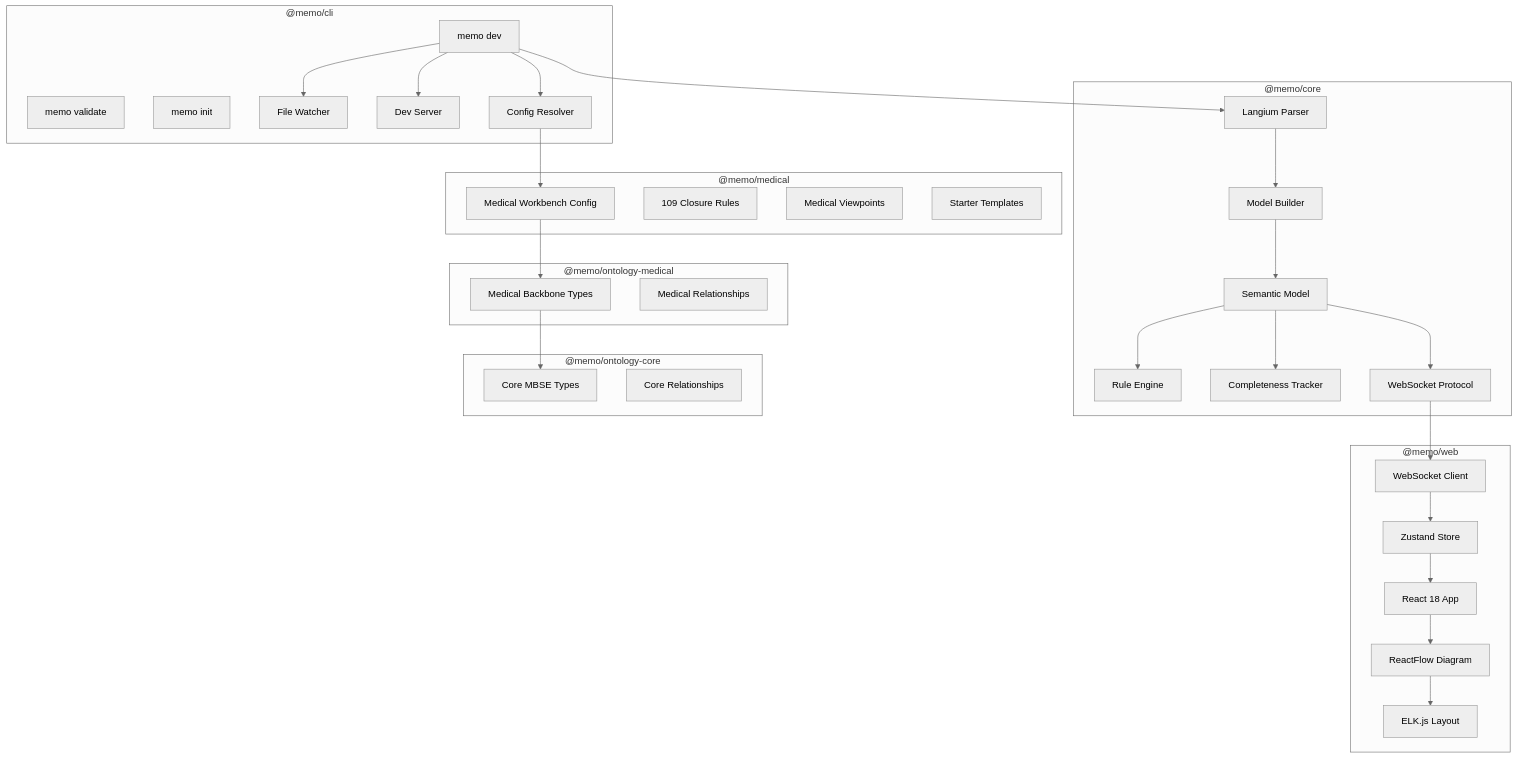
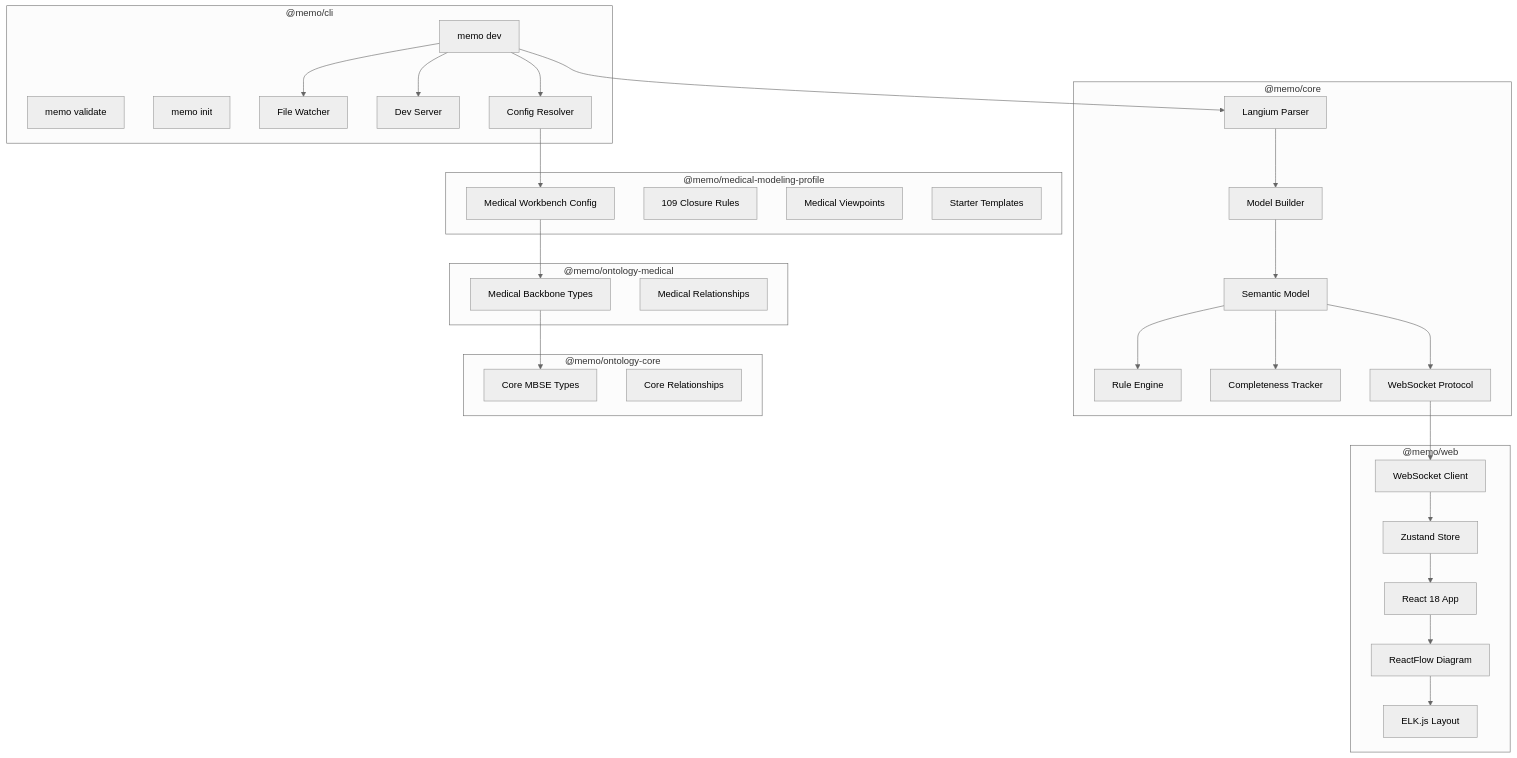
The second of 2 diagrams in docs/architecture/overview.md (memoarchitect/memo-architect), drawn with Mermaid (neutral theme) before and after one commit. The commit also changed other lines of this file and 31 other files, not shown here.

Commit message:
Rename medical package to modeling profile

````diff
--- a/docs/architecture/overview.md
+++ b/docs/architecture/overview.md
@@ -21,65 +21,65 @@
 ```mermaid
 graph TD
     subgraph "@memo/core"
         Parser[Langium Parser]
         Builder[Model Builder]
         Validator[Rule Engine]
         Completeness[Completeness Tracker]
         Semantic[Semantic Model]
         Protocol[WebSocket Protocol]
     end
 
     subgraph "@memo/ontology-core"
         CoreTypes[Core MBSE Types]
         CoreRels[Core Relationships]
     end
 
     subgraph "@memo/ontology-medical"
         MedTypes[Medical Backbone Types]
         MedRels[Medical Relationships]
     end
 
-    subgraph "@memo/medical"
+    subgraph "@memo/medical-modeling-profile"
         MedConfig[Medical Workbench Config]
         Rules[109 Closure Rules]
         Viewpoints[Medical Viewpoints]
         Templates[Starter Templates]
     end
 
     subgraph "@memo/cli"
         DevCmd[memo dev]
         ValidateCmd[memo validate]
         InitCmd[memo init]
         FileWatcher[File Watcher]
         DevServer[Dev Server]
         ConfigResolver[Config Resolver]
     end
 
     subgraph "@memo/web"
         React[React 18 App]
         ReactFlow[ReactFlow Diagram]
         ELK[ELK.js Layout]
         Zustand[Zustand Store]
         WS[WebSocket Client]
     end
 
     Parser --> Builder
     Builder --> Semantic
     Semantic --> Validator
     Semantic --> Completeness
     Semantic --> Protocol
 
     DevCmd --> Parser
     DevCmd --> ConfigResolver
     DevCmd --> DevServer
     DevCmd --> FileWatcher
     ConfigResolver --> MedConfig
     MedConfig --> MedTypes
     MedTypes --> CoreTypes
 
     Protocol --> WS
     WS --> Zustand
     Zustand --> React
     React --> ReactFlow
     ReactFlow --> ELK
 ```
````
